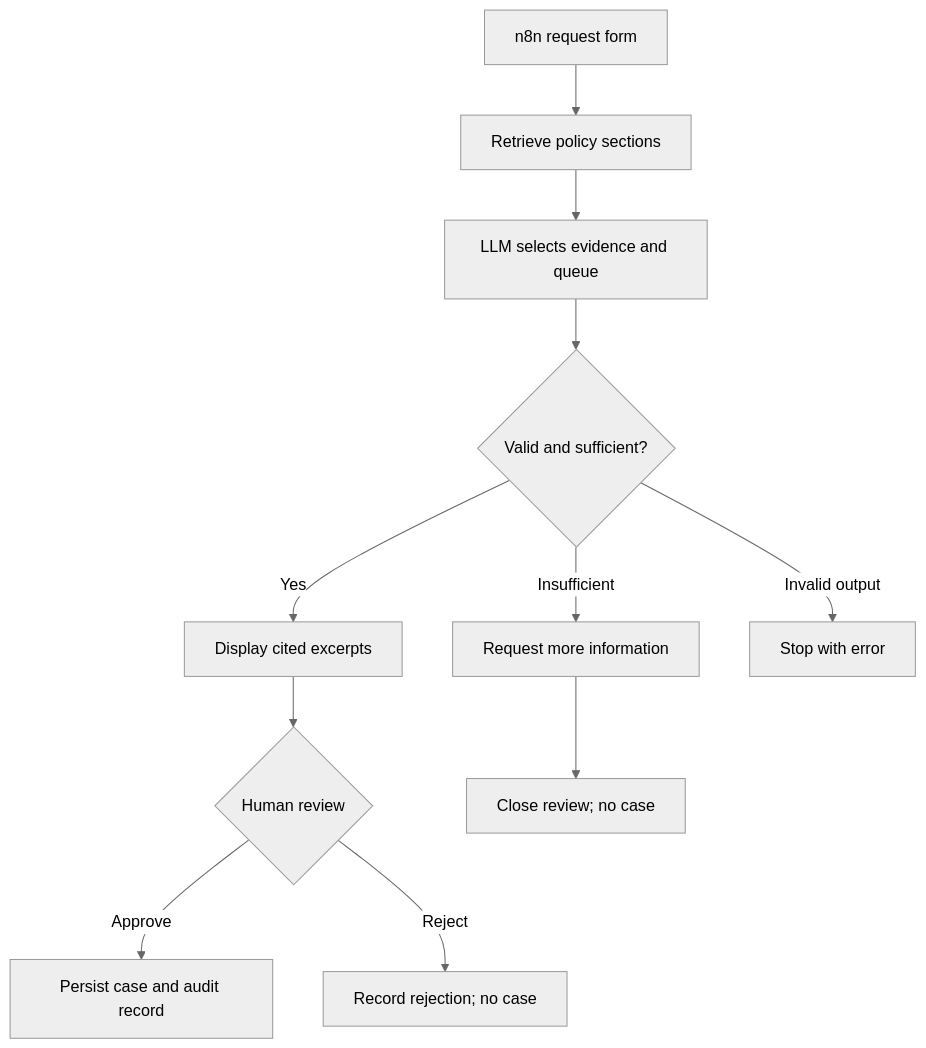
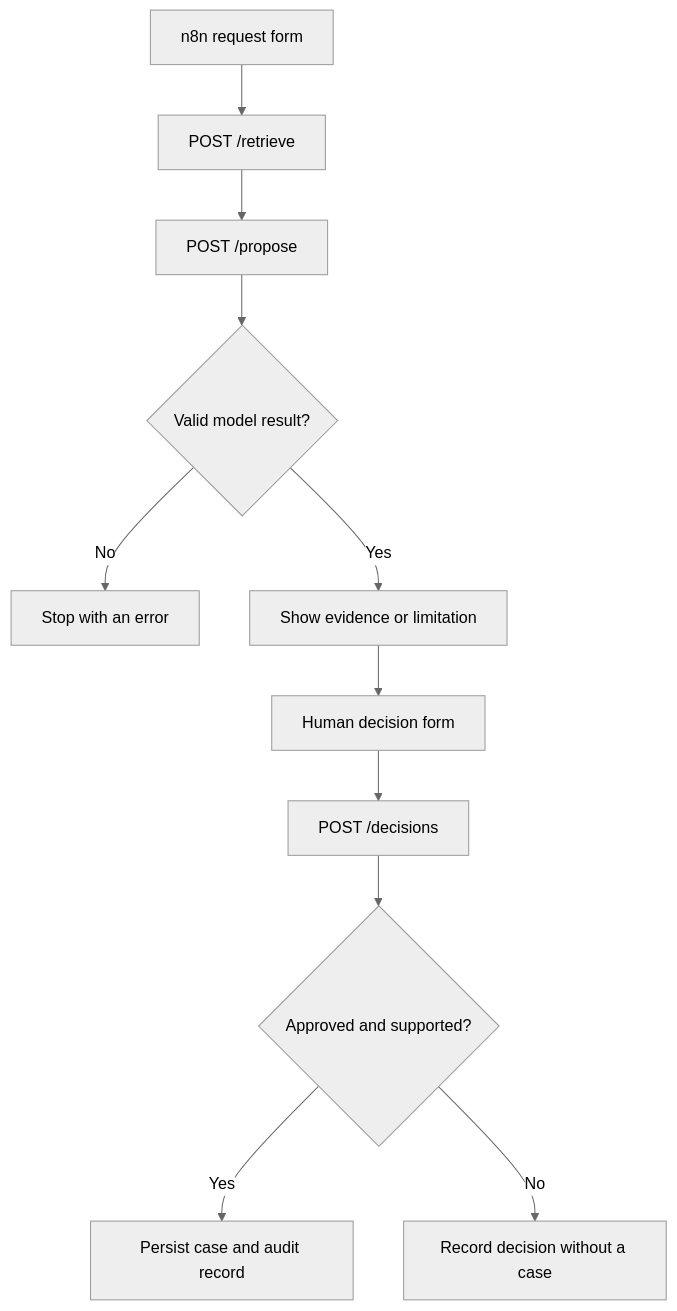
One commit to shahistatamkeen1/jeen-policy-agent changed the diagram in docs/ARCHITECTURE.md. Above: the diagram before and after it, drawn with Mermaid (neutral theme). The commit also changed other lines of this file and 11 other files, not shown here.

````diff
--- a/docs/ARCHITECTURE.md
+++ b/docs/ARCHITECTURE.md
@@ -3,13 +7,13 @@
 ```mermaid
 flowchart TD
-    A["n8n request form"] --> B["Retrieve policy sections"]
-    B --> C["LLM selects evidence and queue"]
-    C --> D{"Valid and sufficient?"}
-    D -->|Yes| E["Display cited excerpts"]
-    D -->|Insufficient| F["Request more information"]
-    D -->|Invalid output| G["Stop with error"]
-    E --> H{"Human review"}
-    H -->|Approve| I["Persist case and audit record"]
-    H -->|Reject| J["Record rejection; no case"]
-    F --> K["Close review; no case"]
+    A["n8n request form"] --> B["POST /retrieve"]
+    B --> C["POST /propose"]
+    C --> D{"Valid model result?"}
+    D -->|No| E["Stop with an error"]
+    D -->|Yes| F["Show evidence or limitation"]
+    F --> G["Human decision form"]
+    G --> H["POST /decisions"]
+    H --> I{"Approved and supported?"}
+    I -->|Yes| J["Persist case and audit record"]
+    I -->|No| K["Record decision without a case"]
 ```
````
